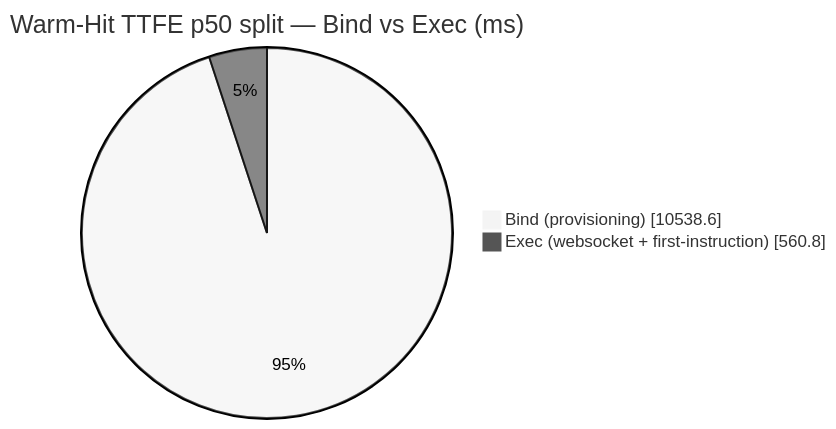
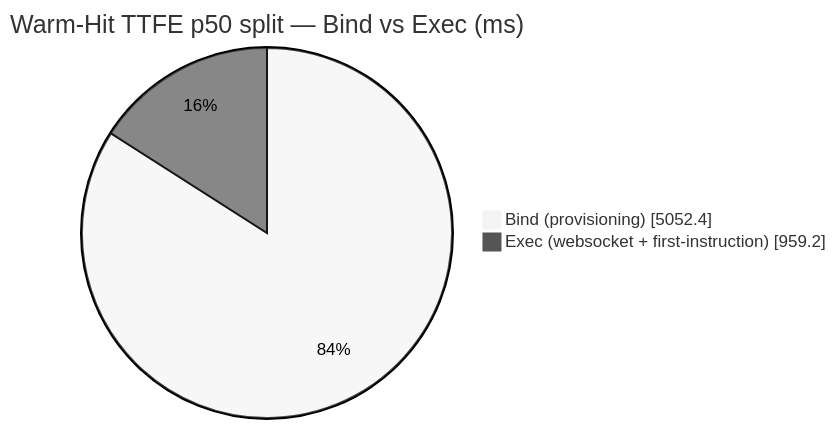
The diagram in DETAILS.md (AlexBulankou/honest-bench), drawn with Mermaid (neutral theme) before and after one commit. The commit also changed other lines of this file and 5 other files, not shown here.

````diff
--- a/DETAILS.md
+++ b/DETAILS.md
@@ -130,6 +131,6 @@
 ```mermaid
 pie showData
     title Warm-Hit TTFE p50 split — Bind vs Exec (ms)
-    "Bind (provisioning)" : 10538.6
-    "Exec (websocket + first-instruction)" : 560.8
+    "Bind (provisioning)" : 5052.4
+    "Exec (websocket + first-instruction)" : 959.2
 ```
````
